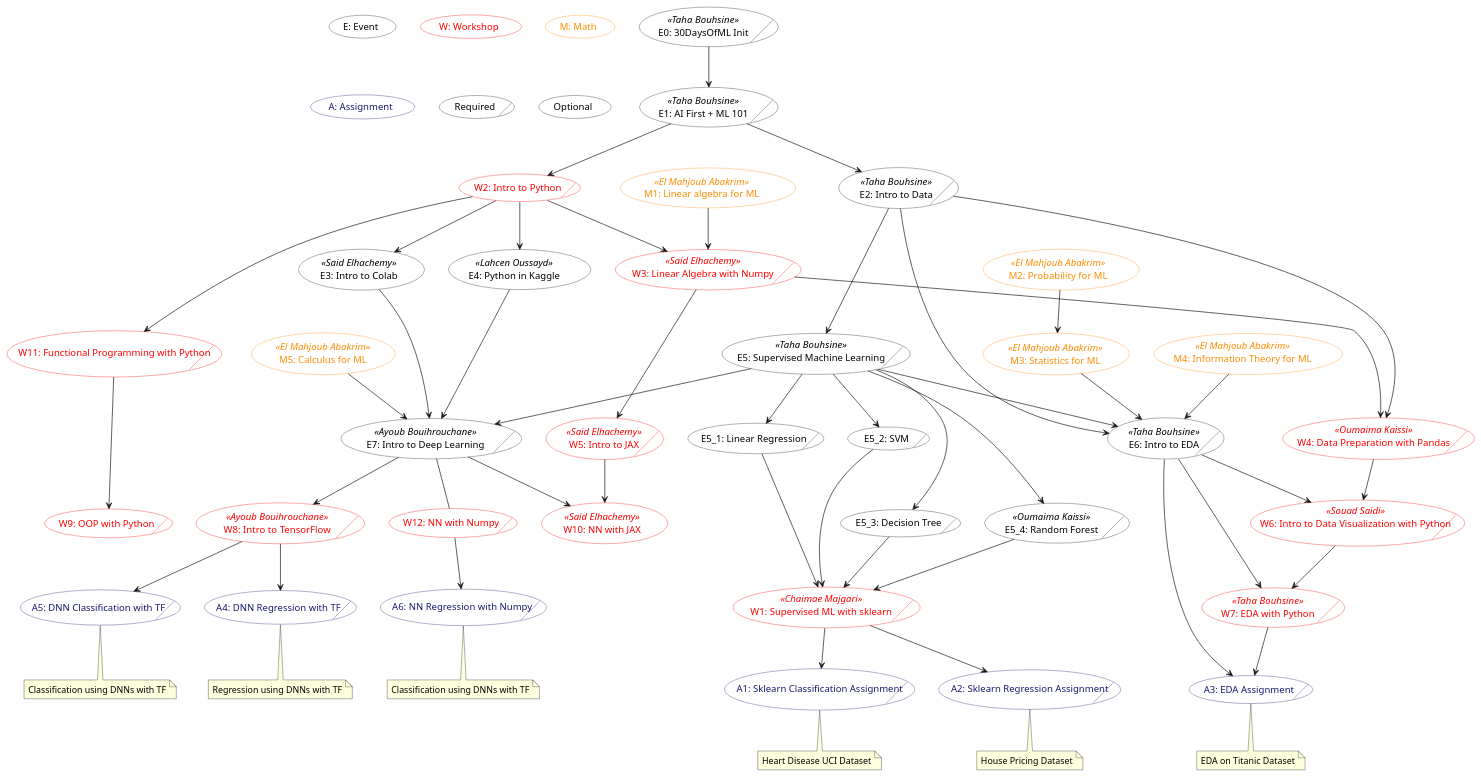
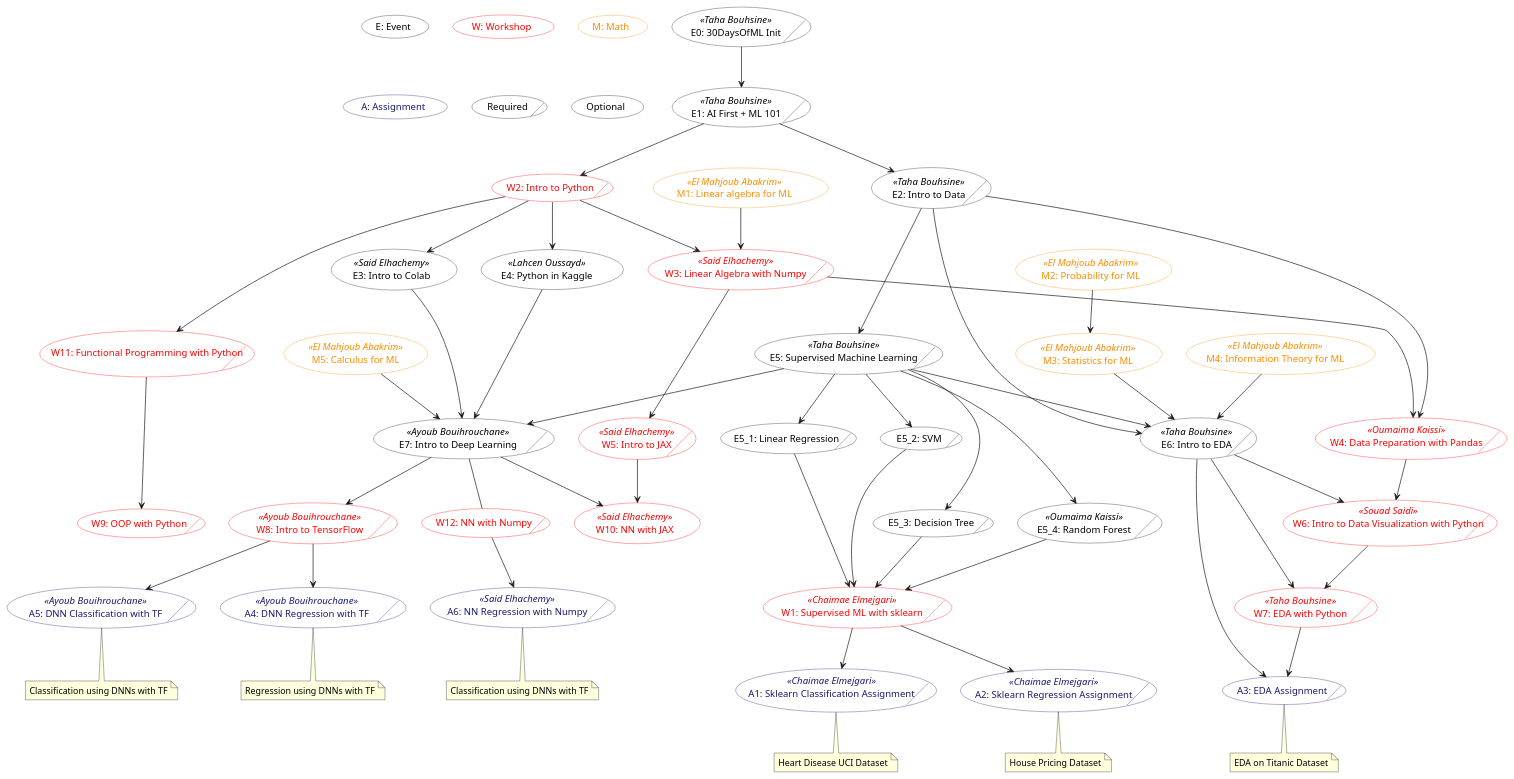
One commit to gdscuiz/30daysofml changed the diagram in mlstart.puml. Above: the diagram before and after it, drawn with PlantUML.

Commit message:
Assignments

```diff
--- a/mlstart.puml
+++ b/mlstart.puml
@@ -1,149 +1,149 @@
 @startuml "MLStart"
 
 skinparam usecase {
 BackgroundColor transparent
 shadowing false
 }
 
 (E: Event)
 (W: Workshop) #line:red;text:red
 (M: Math) #line:darkorange;text:darkorange
 (A: Assignment) #line:MidnightBlue;text:MidnightBlue
 
 (E0: 30DaysOfML Init)/ as E0 <<Taha Bouhsine>>
 (E1: AI First + ML 101)/ as E1 <<Taha Bouhsine>>
 
 (E2: Intro to Data)/ as E2 <<Taha Bouhsine>>
 (E3: Intro to Colab) as E3 <<Said Elhachemy>>
 (E4: Python in Kaggle) as E4 << Lahcen Oussayd >>
 (E5: Supervised Machine Learning)/ as E5 <<Taha Bouhsine>>
 (E5_1: Linear Regression)/ as E5_1
 (E5_2: SVM)/ as E5_2
 (E5_3: Decision Tree)/ as E5_3
 (E5_4: Random Forest)/ as E5_4 <<Oumaima Kaissi>>
 (E6: Intro to EDA)/ as E6 <<Taha Bouhsine>>
 (E7: Intro to Deep Learning)/ as E7 << Ayoub Bouihrouchane >>
 
 
 
 
-(W1: Supervised ML with sklearn)/ as W1 << Chaimae Majgari>> #line:red;text:red 
+(W1: Supervised ML with sklearn)/ as W1 << Chaimae Elmejgari>> #line:red;text:red 
 (W2: Intro to Python)/ as W2 #line:red;text:red
 (W3: Linear Algebra with Numpy)/ as W3 <<Said Elhachemy>> #line:red;text:red
 (W4: Data Preparation with Pandas)/ as W4 <<Oumaima Kaissi>> #line:red;text:red
 (W5: Intro to JAX)/ as W5 <<Said Elhachemy>> #line:red;text:red
 (W6: Intro to Data Visualization with Python)/ as W6 <<Souad Saidi>> #line:red;text:red
 (W7: EDA with Python)/ as W7 <<Taha Bouhsine>> #line:red;text:red
 (W8: Intro to TensorFlow)/ as W8 << Ayoub Bouihrouchane >> #line:red;text:red 
 (W9: OOP with Python)/ as W9 #line:red;text:red
 (W10: NN with JAX) as W10 <<Said Elhachemy>> #line:red;text:red
 (W11: Functional Programming with Python)/ as W11 #line:red;text:red
 (W12: NN with Numpy)/ as W12 #line:red;text:red
 
 (M1: Linear algebra for ML) as M1 << El Mahjoub Abakrim >> #line:darkorange;text:darkorange
 (M2: Probability for ML) as M2 << El Mahjoub Abakrim >> #line:darkorange;text:darkorange
 (M3: Statistics for ML) as M3 << El Mahjoub Abakrim >> #line:darkorange;text:darkorange
 (M5: Calculus for ML) as M5 << El Mahjoub Abakrim >> #line:darkorange;text:darkorange 
 (M4: Information Theory for ML) as M4 << El Mahjoub Abakrim >> #line:darkorange;text:darkorange
 
-(A1: Sklearn Classification Assignment)/ as A1 #line:MidnightBlue;text:MidnightBlue
+(A1: Sklearn Classification Assignment)/ as A1 <<Chaimae Elmejgari>> #line:MidnightBlue;text:MidnightBlue
 note bottom [[http://GDSCUIZ.github.io]]
 Heart Disease UCI Dataset
 end note
 
-(A2: Sklearn Regression Assignment)/ as A2 #line:MidnightBlue;text:MidnightBlue
+(A2: Sklearn Regression Assignment)/ as A2 <<Chaimae Elmejgari>> #line:MidnightBlue;text:MidnightBlue
 note bottom [[http://GDSCUIZ.github.io]]
 House Pricing Dataset
 end note
 
 (A3: EDA Assignment)/ as A3 #line:MidnightBlue;text:MidnightBlue
 note bottom [[http://GDSCUIZ.github.io]]
 EDA on Titanic Dataset
 end note
 
-(A4: DNN Regression with TF)/ as A4 #line:MidnightBlue;text:MidnightBlue
+(A4: DNN Regression with TF)/ as A4 <<Ayoub Bouihrouchane>> #line:MidnightBlue;text:MidnightBlue
 note bottom [[http://GDSCUIZ.github.io]]
 Regression using DNNs with TF
 end note
 
-(A5: DNN Classification with TF)/ as A5 #line:MidnightBlue;text:MidnightBlue
+(A5: DNN Classification with TF)/ as A5 <<Ayoub Bouihrouchane>> #line:MidnightBlue;text:MidnightBlue
 note bottom [[http://GDSCUIZ.github.io]]
 Classification using DNNs with TF
 end note
 
-(A6: NN Regression with Numpy)/ as A6 #line:MidnightBlue;text:MidnightBlue
+(A6: NN Regression with Numpy)/ as A6 <<Said Elhachemy>> #line:MidnightBlue;text:MidnightBlue
 note bottom [[http://GDSCUIZ.github.io]]
 Classification using DNNs with TF
 end note
 
 M1 --> W3
 
 M2 --> M3
 
 M3 --> E6
 M4 --> E6
 
 M5 --> E7
 
 E0 --> E1
 
 E1 --> W2
 E1 --> E2
 
 E2 ---> E5
 E2 --> W4
 E2 ---> E6
 
 E3 --> E7
 
 E4 --> E7
 
 E5 --> E7
 E5 --> E6
 E5 --> E5_1
 E5 --> E5_2
 E5 ---> E5_3
 E5 ---> E5_4
 E5_1 --> W1
 E5_2 --> W1
 E5_3 --> W1
 E5_4 --> W1
 
 
 E6 --> A3
 E6 --> W7
 E6 --> W6
 
 E7 --> W8
 E7 --> W10
 E7 -- W12
 
 W1 --> A1
 W1 --> A2
 
 W2 --> E4
 W2 --> E3
 W2 --> W3
 W2 ---> W11
 
 W3 ---> W4
 W3 --> W5
 
 W4 --> W6
 
 W5 --> W10
 
 W6 --> W7
 
 W7 --> A3
 
 W8 --> A4
 W8 --> A5
 
 W11 ---> W9
 
 W12 --> A6
 
 (Required)/
 (Optional)
 @enduml
```
